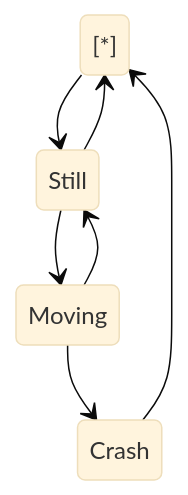
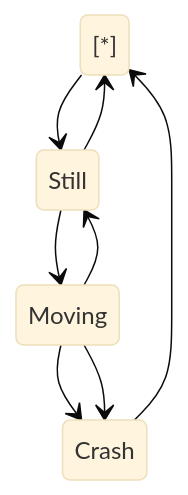
Before and after one commit to swimmio/csharp-shaul-test: the diagram in .swm/marmaid-draft.gby47omg.sw.md, drawn with Mermaid (base theme). The commit also changed other lines of this file, not shown here.

````diff
--- a/.swm/marmaid-draft.gby47omg.sw.md
+++ b/.swm/marmaid-draft.gby47omg.sw.md
@@ -9,11 +9,12 @@
 ```mermaid
 stateDiagram-v2
 [\*] --> Still
 Still --> [\*]
 Still --> Moving
 Moving --> Still
 Moving --> Crash
+
+Moving --> Crash
 Crash --> [\*]
 
-
 ```
````
